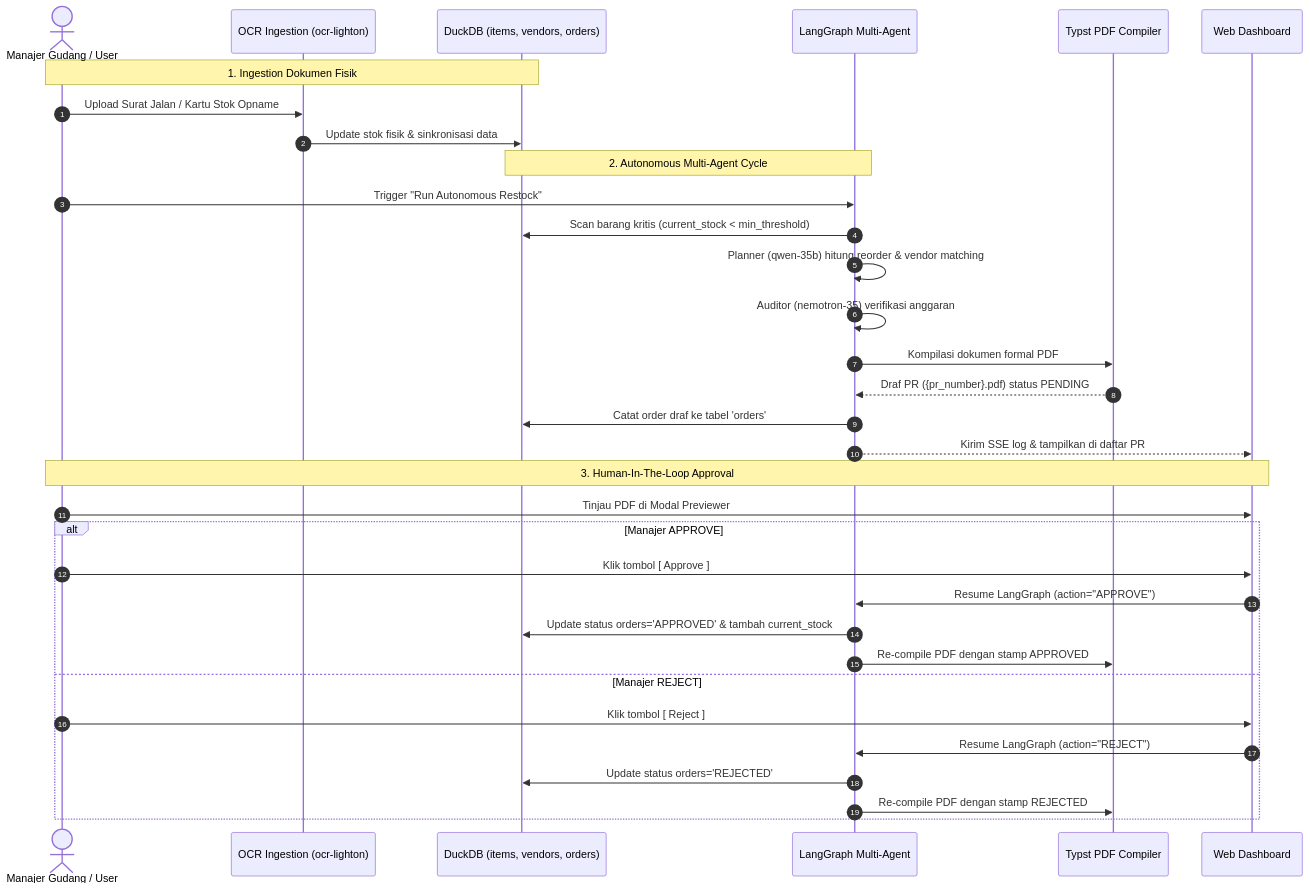
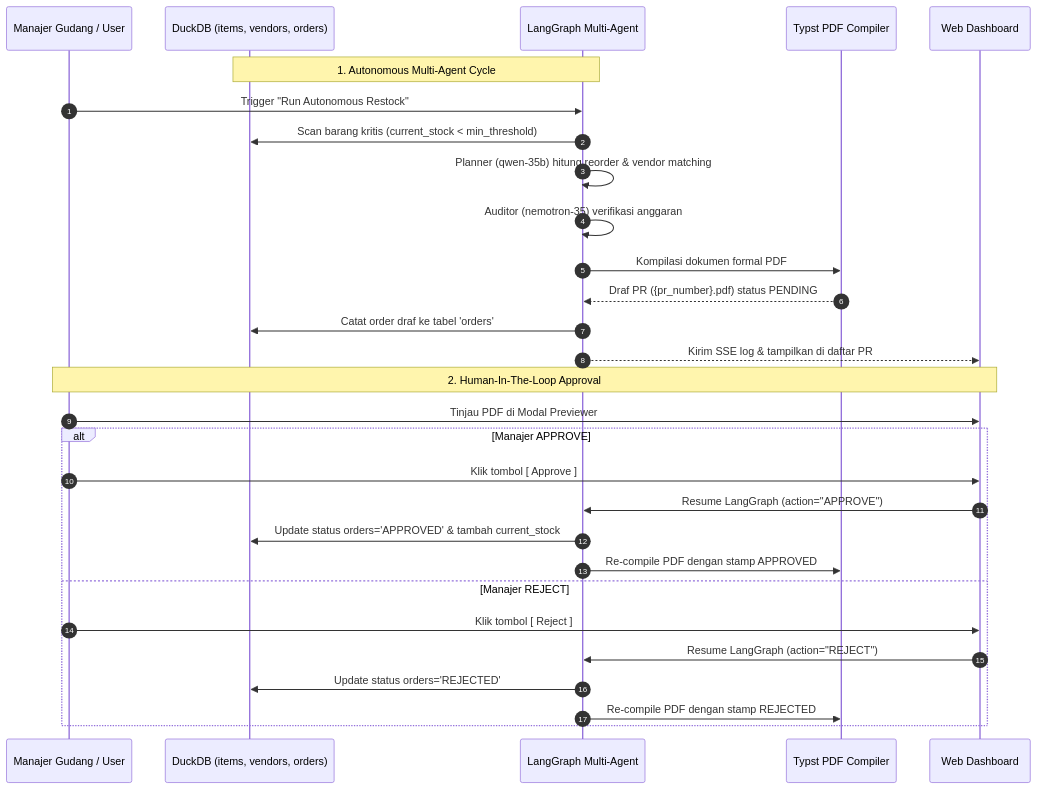
The diagram in README.md (daffaarigoh/AutoRestock-Agent), drawn with Mermaid before and after one commit. The commit also changed other lines of this file and 12 other files, not shown here.

````diff
--- a/README.md
+++ b/README.md
@@ -25,38 +24,33 @@
 ```mermaid
 sequenceDiagram
     autonumber
-    actor User as Manajer Gudang / User
-    participant OCR as OCR Ingestion (ocr-lighton)
+    participant User as Manajer Gudang / User
     participant DB as DuckDB (items, vendors, orders)
     participant Graph as LangGraph Multi-Agent
     participant Typst as Typst PDF Compiler
     participant UI as Web Dashboard
 
-    Note over User,DB: 1. Ingestion Dokumen Fisik
-    User->>OCR: Upload Surat Jalan / Kartu Stok Opname
-    OCR->>DB: Update stok fisik & sinkronisasi data
-
-    Note over DB,Graph: 2. Autonomous Multi-Agent Cycle
+    Note over DB,Graph: 1. Autonomous Multi-Agent Cycle
     User->>Graph: Trigger "Run Autonomous Restock"
     Graph->>DB: Scan barang kritis (current_stock < min_threshold)
     Graph->>Graph: Planner (qwen-35b) hitung reorder & vendor matching
     Graph->>Graph: Auditor (nemotron-35) verifikasi anggaran
     Graph->>Typst: Kompilasi dokumen formal PDF
     Typst-->>Graph: Draf PR ({pr_number}.pdf) status PENDING
     Graph->>DB: Catat order draf ke tabel 'orders'
     Graph-->>UI: Kirim SSE log & tampilkan di daftar PR
 
-    Note over User,UI: 3. Human-In-The-Loop Approval
+    Note over User,UI: 2. Human-In-The-Loop Approval
     User->>UI: Tinjau PDF di Modal Previewer
     alt Manajer APPROVE
         User->>UI: Klik tombol [ Approve ]
         UI->>Graph: Resume LangGraph (action="APPROVE")
         Graph->>DB: Update status orders='APPROVED' & tambah current_stock
         Graph->>Typst: Re-compile PDF dengan stamp APPROVED
     else Manajer REJECT
         User->>UI: Klik tombol [ Reject ]
         UI->>Graph: Resume LangGraph (action="REJECT")
         Graph->>DB: Update status orders='REJECTED'
         Graph->>Typst: Re-compile PDF dengan stamp REJECTED
     end
 ```
````
